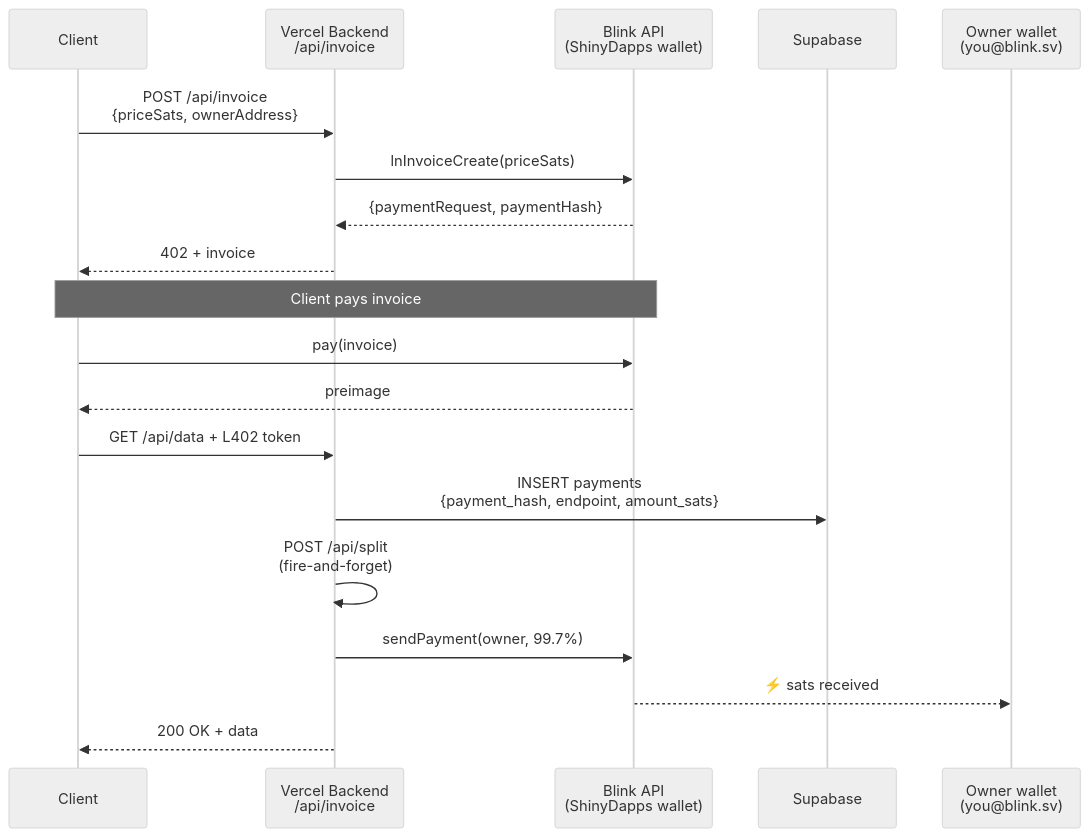
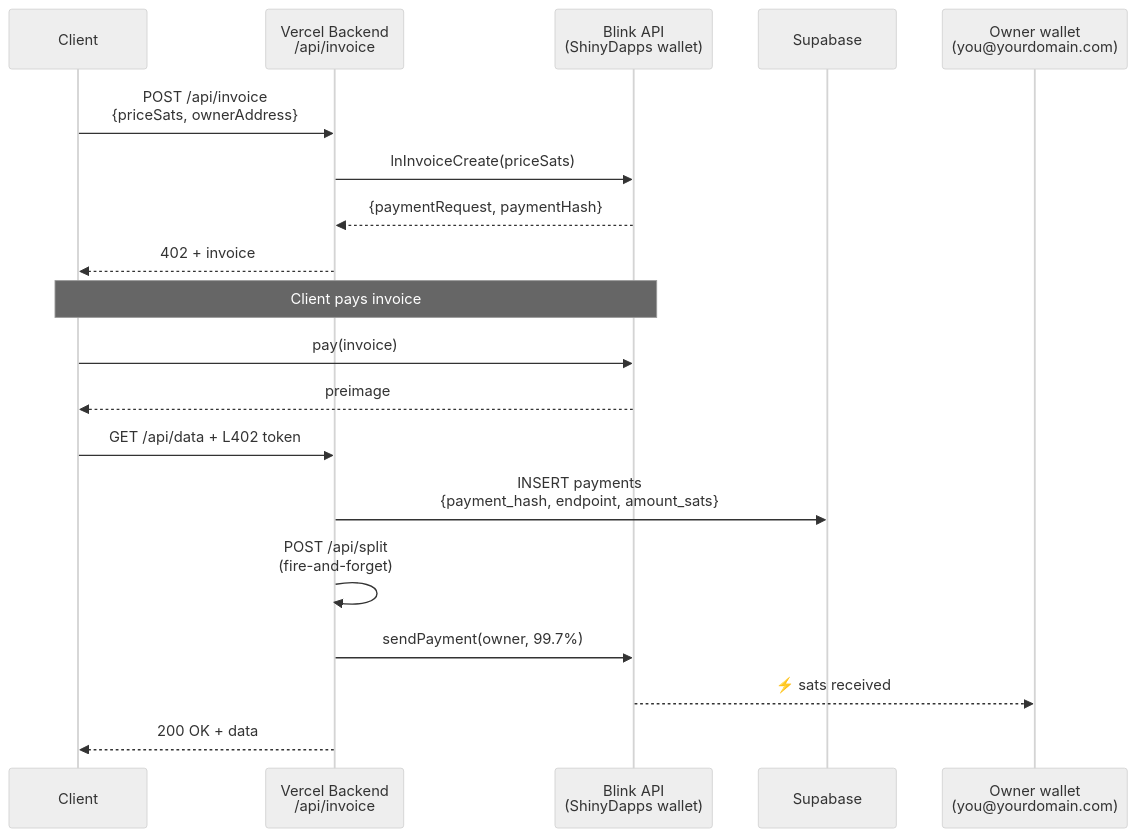
One commit to ShinyDapps/l402-kit changed the third of 8 diagrams in docs/guides/flows.mdx. Above: the diagram before and after it, drawn with Mermaid (neutral theme). The commit also changed other lines of this file and 44 other files, not shown here.

````diff
--- a/docs/guides/flows.mdx
+++ b/docs/guides/flows.mdx
@@ -52,24 +52,24 @@
 ```mermaid
 sequenceDiagram
     participant C as Client
     participant V as Vercel Backend<br/>/api/invoice
     participant B as Blink API<br/>(ShinyDapps wallet)
     participant S as Supabase
-    participant O as Owner wallet<br/>(you@blink.sv)
+    participant O as Owner wallet<br/>(you@yourdomain.com)
 
     C->>V: POST /api/invoice<br/>{priceSats, ownerAddress}
     V->>B: lnInvoiceCreate(priceSats)
     B-->>V: {paymentRequest, paymentHash}
     V-->>C: 402 + invoice
 
     Note over C,B: Client pays invoice
     C->>B: pay(invoice)
     B-->>C: preimage
 
     C->>V: GET /api/data + L402 token
     V->>S: INSERT payments<br/>{payment_hash, endpoint, amount_sats}
     V->>V: POST /api/split<br/>(fire-and-forget)
     V->>B: sendPayment(owner, 99.7%)
     B-->>O: ⚡ sats received
     V-->>C: 200 OK + data
 ```
````
